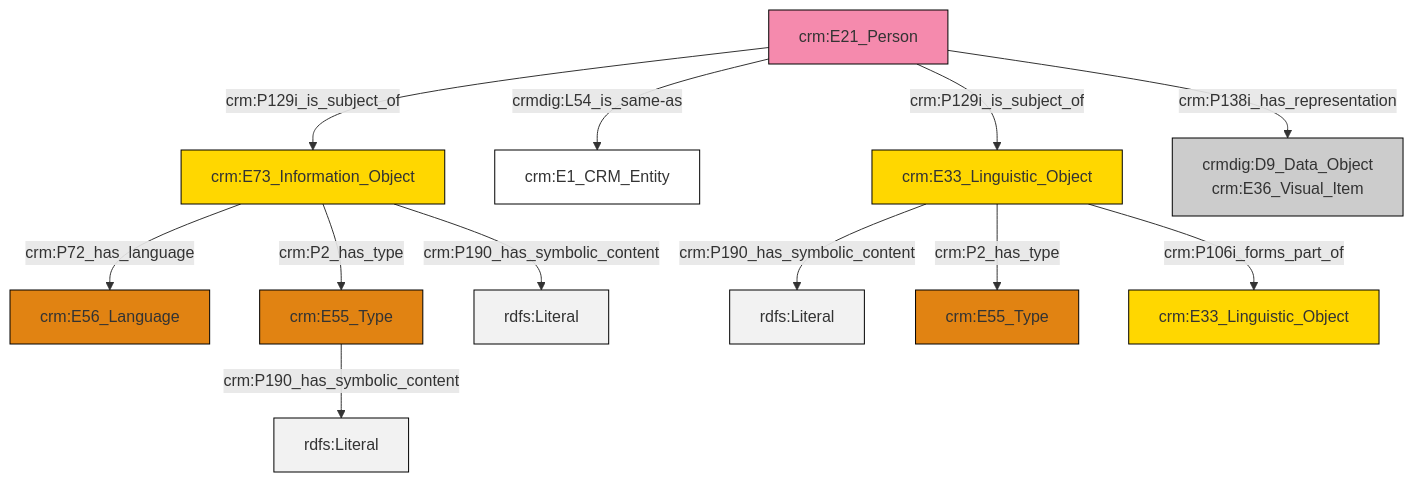
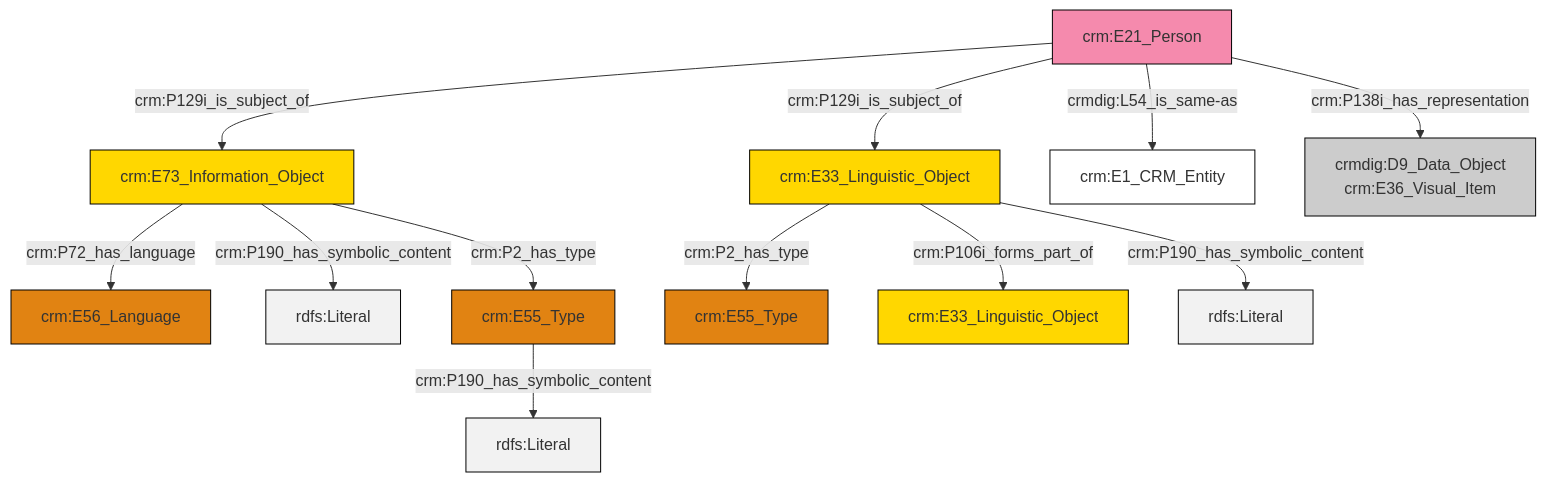
One commit to swiss-art-research-net/reference-data-models changed the diagram in et/personCSV/ttl/mmd/Person_Documentation.ttl.mmd. Above: the diagram before and after it, drawn with Mermaid. The commit also changed 128 other files, not shown here.

```diff
--- a/et/personCSV/ttl/mmd/Person_Documentation.ttl.mmd
+++ b/et/personCSV/ttl/mmd/Person_Documentation.ttl.mmd
@@ -1,26 +1,26 @@
 graph TD
 classDef Literal fill:#f2f2f2,stroke:#000000;
 classDef CRM_Entity fill:#FFFFFF,stroke:#000000;
 classDef Temporal_Entity fill:#00C9E6, stroke:#000000;
 classDef Type fill:#E18312, stroke:#000000;
 classDef Time-Span fill:#2C9C91, stroke:#000000;
 classDef Appellation fill:#FFEB7F, stroke:#000000;
 classDef Place fill:#008836, stroke:#000000;
 classDef Persistent_Item fill:#B266B2, stroke:#000000;
 classDef Conceptual_Object fill:#FFD700, stroke:#000000;
 classDef Physical_Thing fill:#D2B48C, stroke:#000000;
 classDef Actor fill:#f58aad, stroke:#000000;
 classDef PC_Classes fill:#4ce600, stroke:#000000;
 classDef Multi fill:#cccccc,stroke:#000000;
 
-0["crm:E73_Information_Object"]:::Conceptual_Object -->|crm:P72_has_language| 1["crm:E56_Language"]:::Type
-2["crm:E55_Type"]:::Type -->|crm:P190_has_symbolic_content| 3[rdfs:Literal]:::Literal
-4["crm:E21_Person"]:::Actor -->|crm:P129i_is_subject_of| 0["crm:E73_Information_Object"]:::Conceptual_Object
-0["crm:E73_Information_Object"]:::Conceptual_Object -->|crm:P190_has_symbolic_content| 5[rdfs:Literal]:::Literal
-4["crm:E21_Person"]:::Actor -->|crmdig:L54_is_same-as| 7["crm:E1_CRM_Entity"]:::CRM_Entity
-8["crm:E33_Linguistic_Object"]:::Conceptual_Object -->|crm:P190_has_symbolic_content| 9[rdfs:Literal]:::Literal
-4["crm:E21_Person"]:::Actor -->|crm:P138i_has_representation| 10["crmdig:D9_Data_Object<br>crm:E36_Visual_Item"]:::Multi
-0["crm:E73_Information_Object"]:::Conceptual_Object -->|crm:P2_has_type| 2["crm:E55_Type"]:::Type
-8["crm:E33_Linguistic_Object"]:::Conceptual_Object -->|crm:P106i_forms_part_of| 16["crm:E33_Linguistic_Object"]:::Conceptual_Object
-4["crm:E21_Person"]:::Actor -->|crm:P129i_is_subject_of| 8["crm:E33_Linguistic_Object"]:::Conceptual_Object
-8["crm:E33_Linguistic_Object"]:::Conceptual_Object -->|crm:P2_has_type| 11["crm:E55_Type"]:::Type
+0["crm:E21_Person"]:::Actor -->|crm:P129i_is_subject_of| 1["crm:E73_Information_Object"]:::Conceptual_Object
+1["crm:E73_Information_Object"]:::Conceptual_Object -->|crm:P190_has_symbolic_content| 6[rdfs:Literal]:::Literal
+1["crm:E73_Information_Object"]:::Conceptual_Object -->|crm:P2_has_type| 7["crm:E55_Type"]:::Type
+7["crm:E55_Type"]:::Type -->|crm:P190_has_symbolic_content| 10[rdfs:Literal]:::Literal
+2["crm:E33_Linguistic_Object"]:::Conceptual_Object -->|crm:P2_has_type| 8["crm:E55_Type"]:::Type
+0["crm:E21_Person"]:::Actor -->|crm:P129i_is_subject_of| 2["crm:E33_Linguistic_Object"]:::Conceptual_Object
+0["crm:E21_Person"]:::Actor -->|crmdig:L54_is_same-as| 11["crm:E1_CRM_Entity"]:::CRM_Entity
+2["crm:E33_Linguistic_Object"]:::Conceptual_Object -->|crm:P106i_forms_part_of| 16["crm:E33_Linguistic_Object"]:::Conceptual_Object
+0["crm:E21_Person"]:::Actor -->|crm:P138i_has_representation| 14["crmdig:D9_Data_Object<br>crm:E36_Visual_Item"]:::Multi
+2["crm:E33_Linguistic_Object"]:::Conceptual_Object -->|crm:P190_has_symbolic_content| 20[rdfs:Literal]:::Literal
+1["crm:E73_Information_Object"]:::Conceptual_Object -->|crm:P72_has_language| 4["crm:E56_Language"]:::Type
```
